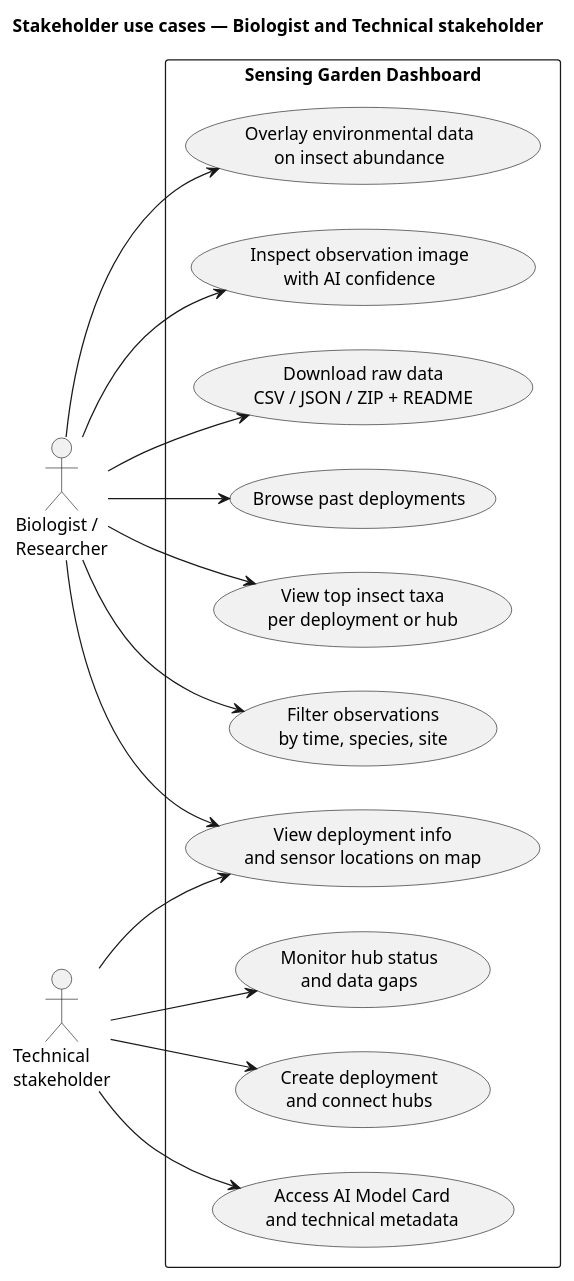
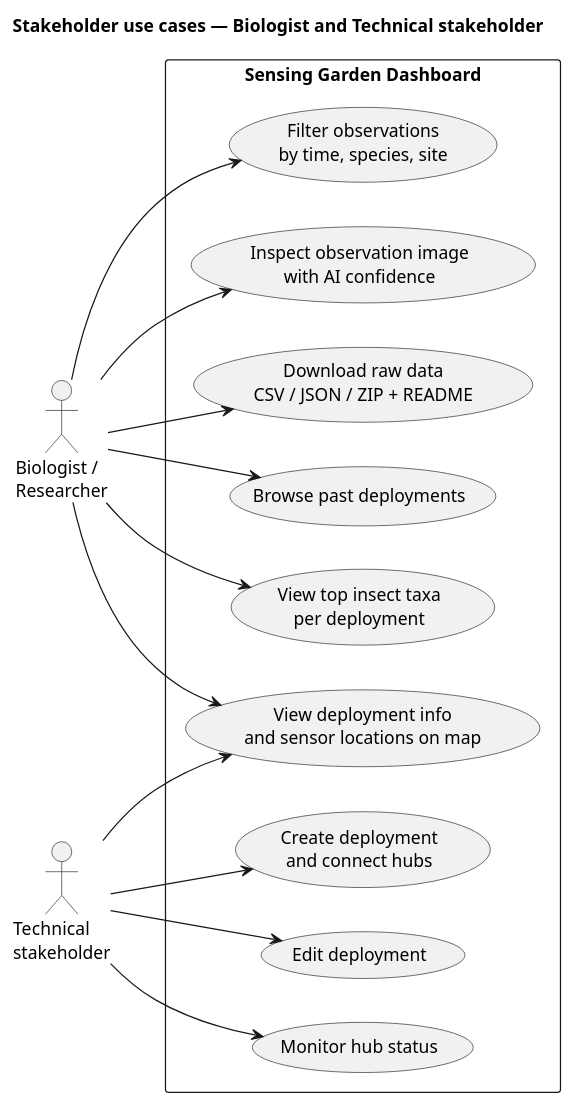
The diagram in docs/diagrams/use-cases.puml (seandreassen/sensing-garden-dashboard), drawn with PlantUML before and after one commit. The commit also changed 30 other files, not shown here.

First line of the commit message:
docs: many new architecture diagrams

```diff
--- a/docs/diagrams/use-cases.puml
+++ b/docs/diagrams/use-cases.puml
@@ -1,33 +1,31 @@
 @startuml use-cases
 title Stakeholder use cases — Biologist and Technical stakeholder
 
 left to right direction
 
 actor "Biologist /\nResearcher" as Biologist
 actor "Technical\nstakeholder" as Tech
 
 rectangle "Sensing Garden Dashboard" {
-  usecase "View top insect taxa\nper deployment or hub" as UC1
+  usecase "View top insect taxa\nper deployment" as UC1
   usecase "Filter observations\nby time, species, site" as UC2
-  usecase "Overlay environmental data\non insect abundance" as UC3
   usecase "Inspect observation image\nwith AI confidence" as UC4
   usecase "Download raw data\nCSV / JSON / ZIP + README" as UC5
   usecase "View deployment info\nand sensor locations on map" as UC6
   usecase "Browse past deployments" as UC7
   usecase "Create deployment\nand connect hubs" as UC8
-  usecase "Access AI Model Card\nand technical metadata" as UC9
-  usecase "Monitor hub status\nand data gaps" as UC10
+  usecase "Edit deployment" as UC9
+  usecase "Monitor hub status" as UC10
 }
 
 Biologist --> UC1
 Biologist --> UC2
-Biologist --> UC3
 Biologist --> UC4
 Biologist --> UC5
 Biologist --> UC6
 Biologist --> UC7
 Tech --> UC6
 Tech --> UC8
 Tech --> UC9
 Tech --> UC10
 @enduml
```
